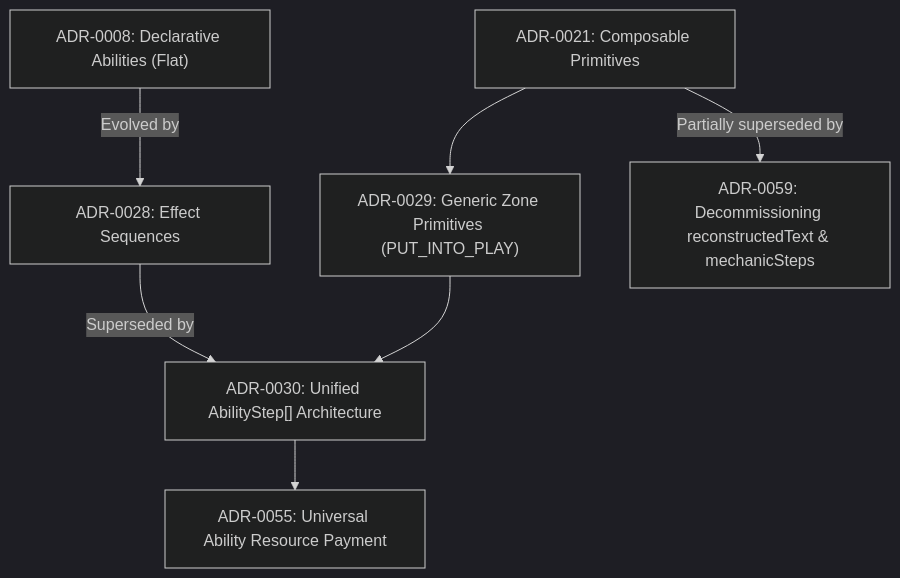
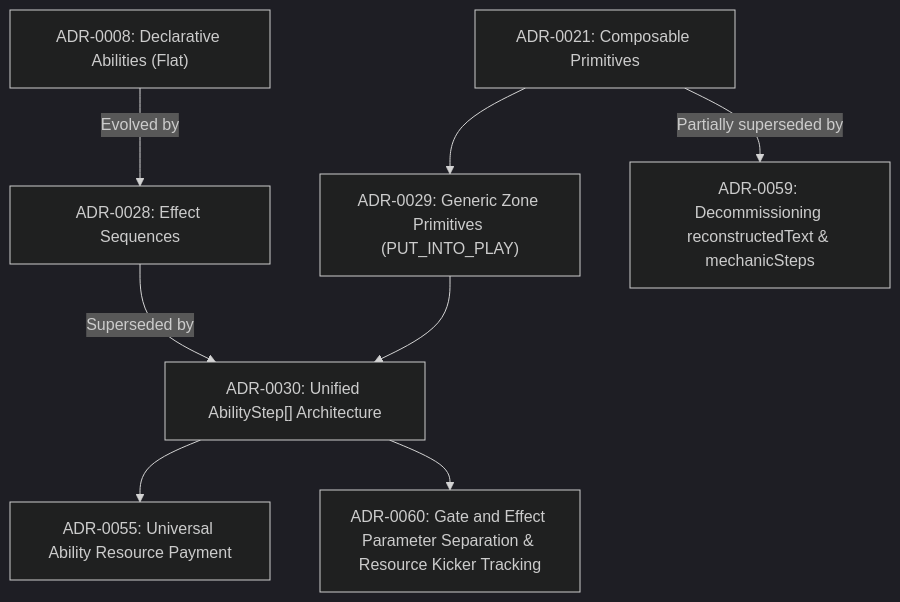
The second of 6 diagrams in docs/decisions/README.md (SteveRodrigue/MCD), drawn with Mermaid (dark theme) before and after one commit. The commit also changed other lines of this file and 73 other files, not shown here.

Commit message:
refactor(engine,data,ui,tests): purge legacy params from AbilityStep, enforce gateParams/effectParams (ADR-0060, Fixes #107)

````diff
--- a/docs/decisions/README.md
+++ b/docs/decisions/README.md
@@ -48,9 +48,10 @@
 ```mermaid
 graph TD
     ADR08["ADR-0008: Declarative Abilities (Flat)"] -->|Evolved by| ADR28["ADR-0028: Effect Sequences"]
     ADR28 -->|Superseded by| ADR30["ADR-0030: Unified AbilityStep[] Architecture"]
     ADR21["ADR-0021: Composable Primitives"] --> ADR29["ADR-0029: Generic Zone Primitives (PUT_INTO_PLAY)"]
     ADR21 -->|Partially superseded by| ADR59["ADR-0059: Decommissioning reconstructedText & mechanicSteps"]
     ADR29 --> ADR30
     ADR30 --> ADR55["ADR-0055: Universal Ability Resource Payment"]
+    ADR30 --> ADR60["ADR-0060: Gate and Effect Parameter Separation & Resource Kicker Tracking"]
 ```
````
